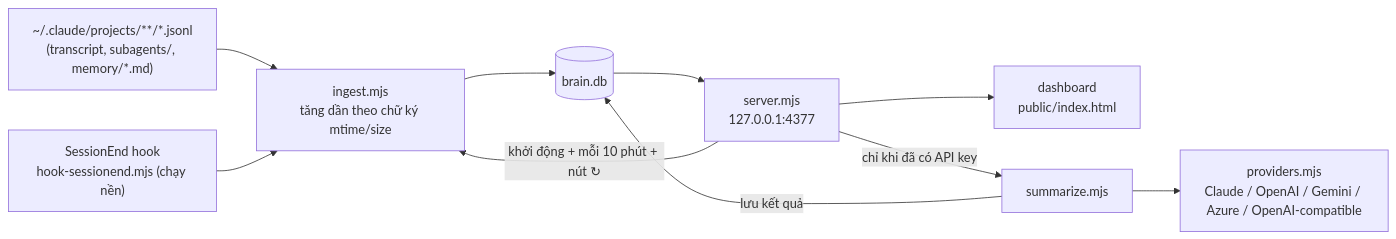
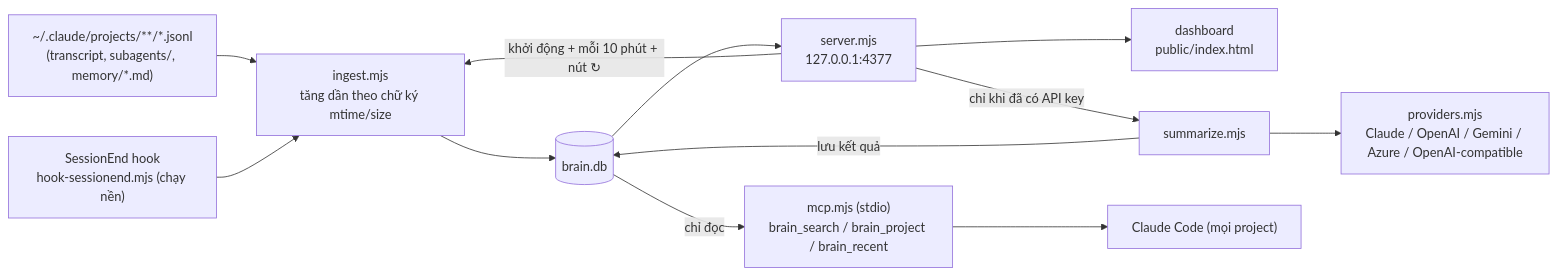
One commit to hienct-fpt/personal-brain changed the first of 4 diagrams in docs/PLAN.md. Above: the diagram before and after it, drawn with Mermaid. The commit also changed other lines of this file and 12 other files, not shown here.

First line of the commit message:
Add read-only MCP server and FTS5 search

````diff
--- a/docs/PLAN.md
+++ b/docs/PLAN.md
@@ -35,12 +35,14 @@
 ```mermaid
 flowchart LR
   T["~/.claude/projects/**/*.jsonl<br/>(transcript, subagents/, memory/*.md)"] --> I
   H["SessionEnd hook<br/>hook-sessionend.mjs (chạy nền)"] --> I
   I["ingest.mjs<br/>tăng dần theo chữ ký mtime/size"] --> DB[("brain.db")]
   DB --> S["server.mjs<br/>127.0.0.1:4377"]
   S --> UI["dashboard<br/>public/index.html"]
   S -->|"khởi động + mỗi 10 phút + nút ↻"| I
   S -->|"chỉ khi đã có API key"| SM["summarize.mjs"]
   SM --> P["providers.mjs<br/>Claude / OpenAI / Gemini / Azure / OpenAI-compatible"]
   SM -->|"lưu kết quả"| DB
+  DB -->|"chỉ đọc"| M["mcp.mjs (stdio)<br/>brain_search / brain_project / brain_recent"]
+  M --> CC["Claude Code (mọi project)"]
 ```
````
